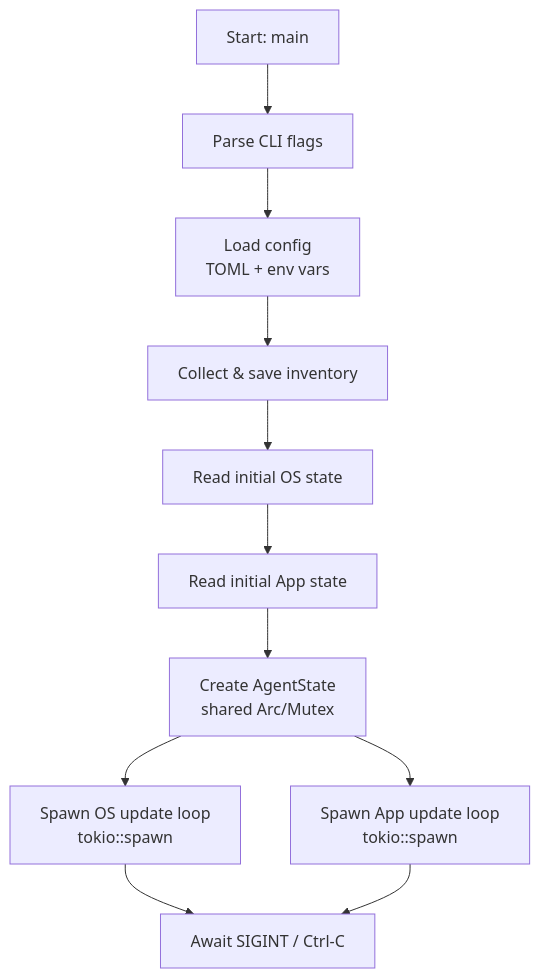
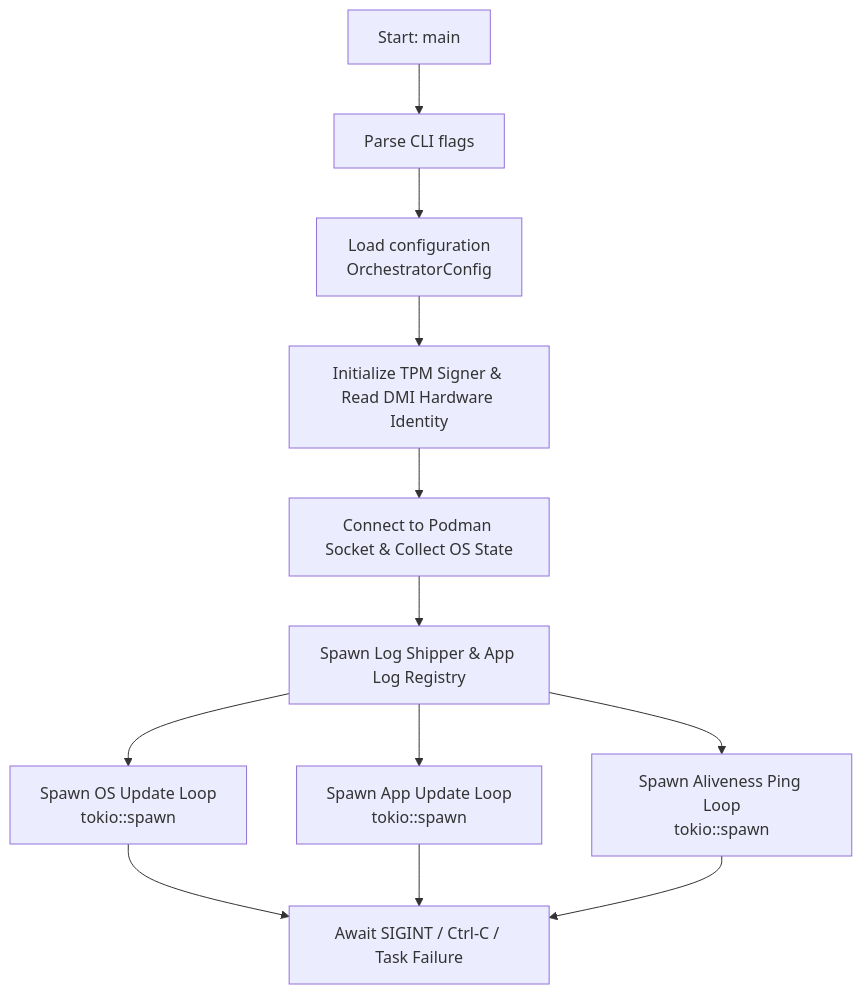
Before and after one commit to amosproj/amos2026ss01-zero-downtime-linux-updates: the diagram in Documentation/design_documentation.md, drawn with Mermaid. The commit also changed other lines of this file and 9 other files, not shown here.

````diff
--- a/Documentation/design_documentation.md
+++ b/Documentation/design_documentation.md
@@ -150,12 +168,12 @@
 ```mermaid
 flowchart TD
     A[Start: main] --> B[Parse CLI flags]
-    B --> C[Load config\nTOML + env vars]
-    C --> D[Collect & save inventory]
-    D --> E[Read initial OS state]
-    E --> F[Read initial App state]
-    F --> G[Create AgentState\nshared Arc/Mutex]
-    G --> H[Spawn OS update loop\ntokio::spawn]
-    G --> I[Spawn App update loop\ntokio::spawn]
-    H & I --> J[Await SIGINT / Ctrl-C]
+    B --> C[Load configuration\nOrchestratorConfig]
+    C --> D[Initialize TPM Signer & Read DMI Hardware Identity]
+    D --> E[Connect to Podman Socket & Collect OS State]
+    E --> F[Spawn Log Shipper & App Log Registry]
+    F --> G[Spawn OS Update Loop\ntokio::spawn]
+    F --> H[Spawn App Update Loop\ntokio::spawn]
+    F --> I[Spawn Aliveness Ping Loop\ntokio::spawn]
+    G & H & I --> J[Await SIGINT / Ctrl-C / Task Failure]
 ```
````
